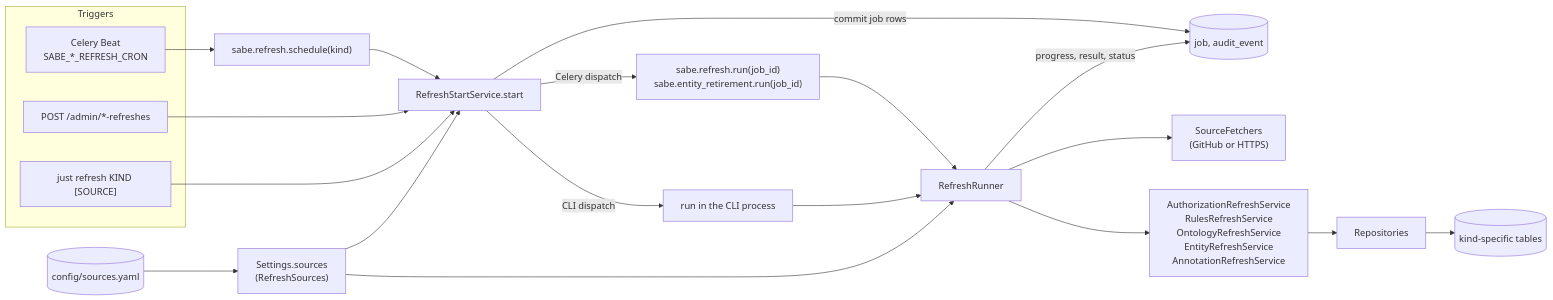
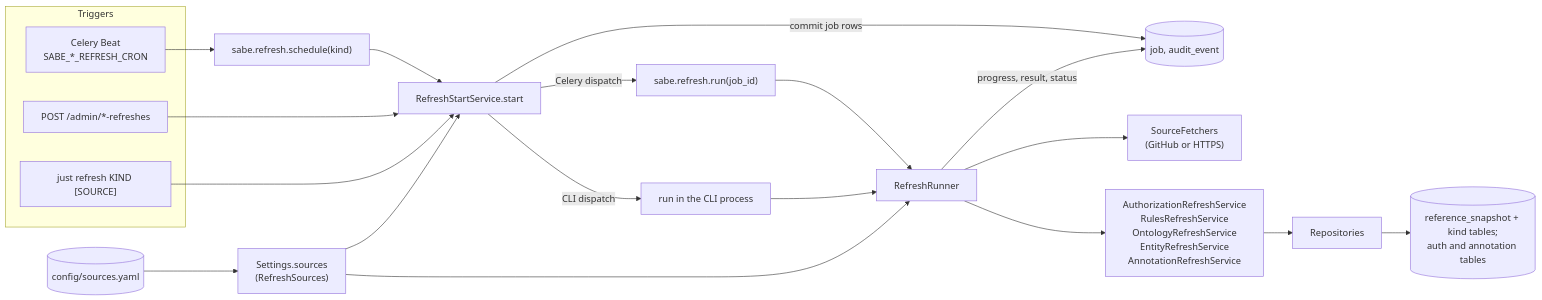
Before and after one commit to geneontology/standard-annotation-backend: the first of 5 diagrams in docs/refresh-infrastructure.md, drawn with Mermaid. The commit also changed other lines of this file and 85 other files, not shown here.

````diff
--- a/docs/refresh-infrastructure.md
+++ b/docs/refresh-infrastructure.md
@@ -31,29 +31,29 @@
 ```mermaid
 flowchart LR
     subgraph Triggers
         beat["Celery Beat<br/>SABE_*_REFRESH_CRON"]
         api["POST /admin/*-refreshes"]
         cli["just refresh KIND [SOURCE]"]
     end
 
     yaml[("config/sources.yaml")] --> settings["Settings.sources<br/>(RefreshSources)"]
 
     beat --> sched["sabe.refresh.schedule(kind)"]
     sched --> start["RefreshStartService.start"]
     api --> start
     cli --> start
     settings --> start
 
     start -->|"commit job rows"| jobs[("job, audit_event")]
-    start -->|"Celery dispatch"| run["sabe.refresh.run(job_id)<br/>sabe.entity_retirement.run(job_id)"]
+    start -->|"Celery dispatch"| run["sabe.refresh.run(job_id)"]
     start -->|"CLI dispatch"| inproc["run in the CLI process"]
 
     run --> runner["RefreshRunner"]
     inproc --> runner
     settings --> runner
     runner --> fetch["SourceFetchers<br/>(GitHub or HTTPS)"]
     runner --> services["AuthorizationRefreshService<br/>RulesRefreshService<br/>OntologyRefreshService<br/>EntityRefreshService<br/>AnnotationRefreshService"]
     services --> repos["Repositories"]
-    repos --> tables[("kind-specific tables")]
+    repos --> tables[("reference_snapshot + kind tables;<br/>auth and annotation tables")]
     runner -->|"progress, result, status"| jobs
 ```
````
